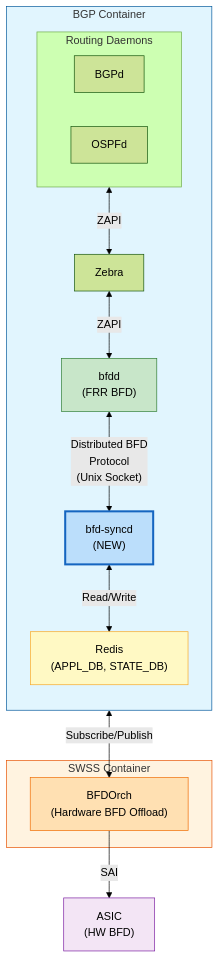
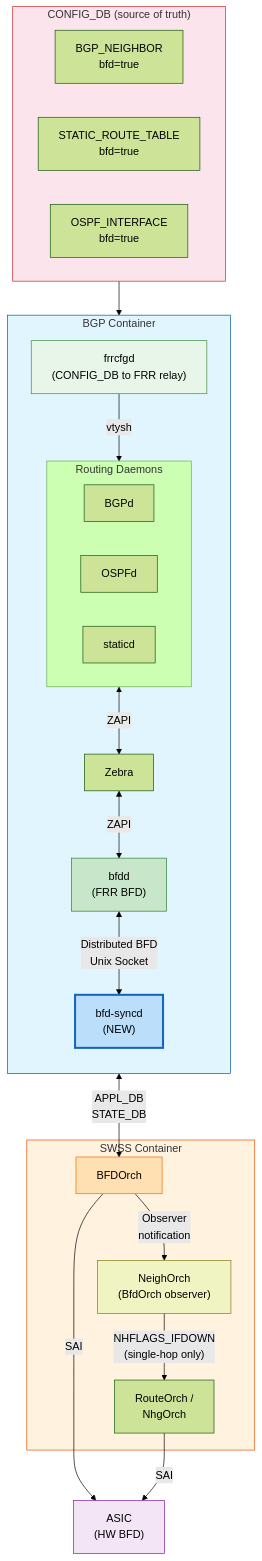
Before and after one commit to sonic-net/SONiC: the second of 13 diagrams in doc/bfd/BFD_Syncd_HLD.md, drawn with Mermaid (forest theme). The commit also changed other lines of this file, not shown here.

Commit message:
Update BFD_Syncd_HLD.md with v0.2

````diff
--- a/doc/bfd/BFD_Syncd_HLD.md
+++ b/doc/bfd/BFD_Syncd_HLD.md
@@ -126,34 +222,49 @@
 ```mermaid
 flowchart TB
+    subgraph CFGDB["CONFIG_DB (source of truth)"]
+        BGPCFG["BGP_NEIGHBOR\nbfd=true"]
+        SRCFG["STATIC_ROUTE_TABLE\nbfd=true"]
+        OSPFCFG["OSPF_INTERFACE\nbfd=true"]
+    end
+
     subgraph BGP["BGP Container"]
         direction TB
+        frrcfgd["frrcfgd\n(CONFIG_DB to FRR relay)"]
         subgraph routing["Routing Daemons"]
             BGPd["BGPd"]
             OSPFd["OSPFd"]
+            staticd["staticd"]
         end
         Zebra["Zebra"]
-        bfdd["bfdd<br/>(FRR BFD)"]
-        bfdsyncd["bfd-syncd<br/>(NEW)"]
-        Redis["Redis<br/>(APPL_DB, STATE_DB)"]
+        bfdd["bfdd\n(FRR BFD)"]
+        bfdsyncd["bfd-syncd\n(NEW)"]
 
+        frrcfgd -->|"vtysh"| routing
         routing <-->|"ZAPI"| Zebra
         Zebra <-->|"ZAPI"| bfdd
-        bfdd <-->|"Distributed BFD<br/>Protocol<br/>(Unix Socket)"| bfdsyncd
-        bfdsyncd <-->|"Read/Write"| Redis
+        bfdd <-->|"Distributed BFD\nUnix Socket"| bfdsyncd
     end
 
     subgraph SWSS["SWSS Container"]
-        BFDOrch["BFDOrch<br/>(Hardware BFD Offload)"]
+        BFDOrch["BFDOrch"]
+        NeighOrch["NeighOrch\n(BfdOrch observer)"]
+        RouteOrch["RouteOrch /\nNhgOrch"]
     end
 
-    Redis <-->|"Subscribe/Publish"| BFDOrch
-    BFDOrch -->|"SAI"| ASIC["ASIC<br/>(HW BFD)"]
+    CFGDB --> frrcfgd
+    bfdsyncd <-->|"APPL_DB\nSTATE_DB"| BFDOrch
+    BFDOrch -->|"SAI"| ASIC["ASIC\n(HW BFD)"]
+    BFDOrch -->|"Observer\nnotification"| NeighOrch
+    NeighOrch -->|"NHFLAGS_IFDOWN\n(single-hop only)"| RouteOrch
+    RouteOrch -->|"SAI"| ASIC
 
     style BGP fill:#e1f5fe,stroke:#01579b
     style SWSS fill:#fff3e0,stroke:#e65100
     style ASIC fill:#f3e5f5,stroke:#7b1fa2
     style bfdd fill:#c8e6c9,stroke:#2e7d32
     style bfdsyncd fill:#bbdefb,stroke:#1565c0,stroke-width:3px
     style BFDOrch fill:#ffe0b2,stroke:#ef6c00
-    style Redis fill:#fff9c4,stroke:#f9a825
+    style NeighOrch fill:#f0f4c3,stroke:#827717
+    style frrcfgd fill:#e8f5e9,stroke:#388e3c
+    style CFGDB fill:#fce4ec,stroke:#c62828
 ```
````
